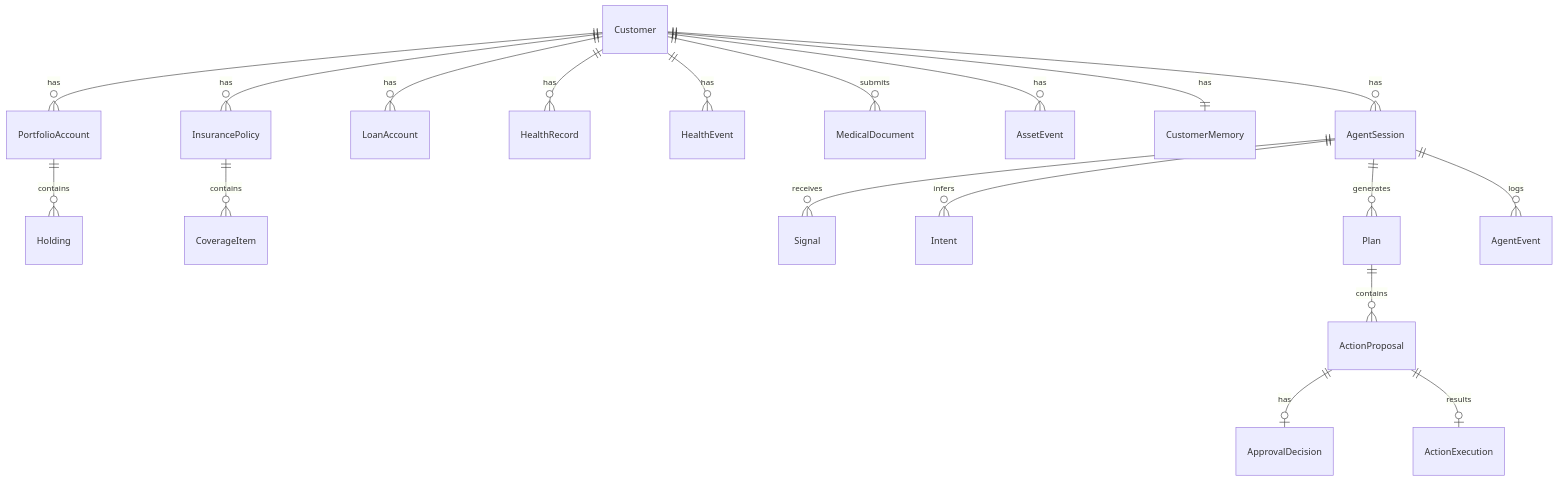
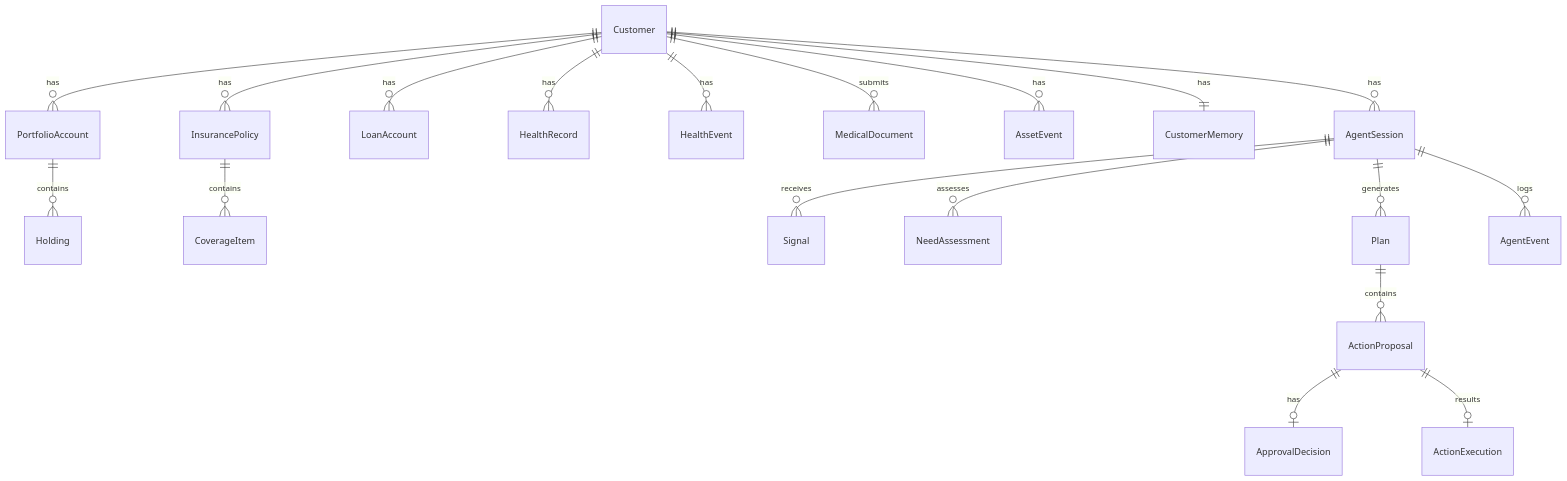
One commit to YoonMin02/JB-WM-backend changed the diagram in docs/05_DATA_MODEL.md. Above: the diagram before and after it, drawn with Mermaid. The commit also changed other lines of this file and 39 other files, not shown here.

Commit message:
refactor: replace intent routing with need assessment

````diff
--- a/docs/05_DATA_MODEL.md
+++ b/docs/05_DATA_MODEL.md
@@ -7,21 +7,21 @@
 ```mermaid
 erDiagram
     Customer ||--o{ PortfolioAccount : has
     Customer ||--o{ InsurancePolicy : has
     Customer ||--o{ LoanAccount : has
     Customer ||--o{ HealthRecord : has
     Customer ||--o{ HealthEvent : has
     Customer ||--o{ MedicalDocument : submits
     Customer ||--o{ AssetEvent : has
     Customer ||--|| CustomerMemory : has
     Customer ||--o{ AgentSession : has
     PortfolioAccount ||--o{ Holding : contains
     InsurancePolicy ||--o{ CoverageItem : contains
     AgentSession ||--o{ Signal : receives
-    AgentSession ||--o{ Intent : infers
+    AgentSession ||--o{ NeedAssessment : assesses
     AgentSession ||--o{ Plan : generates
     Plan ||--o{ ActionProposal : contains
     ActionProposal ||--o| ApprovalDecision : has
     ActionProposal ||--o| ActionExecution : results
     AgentSession ||--o{ AgentEvent : logs
 ```
````
